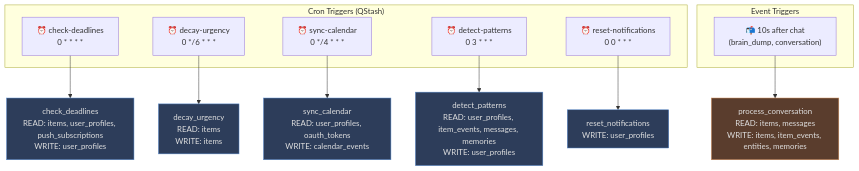
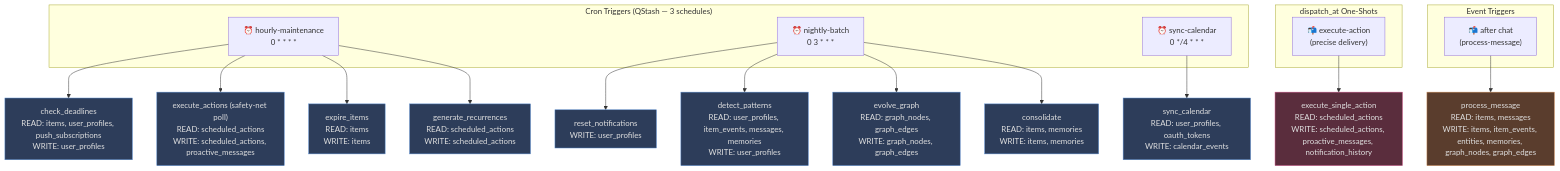
Before and after one commit to konf-dev/unspool: the diagram in docs/flows/3_background_jobs.md, drawn with Mermaid. The commit also changed other lines of this file and 13 other files, not shown here.

First line of the commit message:
feat: consolidate QStash crons (10→3) and use dispatch_at for all scheduled actions

````diff
--- a/docs/flows/3_background_jobs.md
+++ b/docs/flows/3_background_jobs.md
@@ -5,31 +5,47 @@
 ```mermaid
 flowchart TD
-    subgraph cron["Cron Triggers (QStash)"]
-        T0["⏰ check-deadlines\n0 * * * *"]
-        T1["⏰ decay-urgency\n0 */6 * * *"]
+    subgraph cron["Cron Triggers (QStash — 3 schedules)"]
+        T0["⏰ hourly-maintenance\n0 * * * *"]
+        T1["⏰ nightly-batch\n0 3 * * *"]
         T2["⏰ sync-calendar\n0 */4 * * *"]
-        T3["⏰ detect-patterns\n0 3 * * *"]
-        T4["⏰ reset-notifications\n0 0 * * *"]
+    end
+    subgraph dispatch["dispatch_at One-Shots"]
+        TD["📬 execute-action\n(precise delivery)"]
     end
     subgraph event["Event Triggers"]
-        TE["📬 10s after chat\n(brain_dump, conversation)"]
+        TE["📬 after chat\n(process-message)"]
     end
     T0 --> CHECK_DEADLINES["check_deadlines\nREAD: items, user_profiles, push_subscriptions\nWRITE: user_profiles"]
     style CHECK_DEADLINES fill:#2d3d5a,stroke:#5588cc,color:#e0e0e0
     click CHECK_DEADLINES "backend/src/jobs/check_deadlines.py"
-    T1 --> DECAY_URGENCY["decay_urgency\nREAD: items\nWRITE: items"]
-    style DECAY_URGENCY fill:#2d3d5a,stroke:#5588cc,color:#e0e0e0
-    click DECAY_URGENCY "backend/src/jobs/decay_urgency.py"
+    T0 --> EXECUTE_ACTIONS["execute_actions (safety-net poll)\nREAD: scheduled_actions\nWRITE: scheduled_actions, proactive_messages"]
+    style EXECUTE_ACTIONS fill:#2d3d5a,stroke:#5588cc,color:#e0e0e0
+    click EXECUTE_ACTIONS "backend/src/jobs/execute_actions.py"
+    T0 --> EXPIRE_ITEMS["expire_items\nREAD: items\nWRITE: items"]
+    style EXPIRE_ITEMS fill:#2d3d5a,stroke:#5588cc,color:#e0e0e0
+    click EXPIRE_ITEMS "backend/src/jobs/expire_items.py"
+    T0 --> GEN_RECURRENCES["generate_recurrences\nREAD: scheduled_actions\nWRITE: scheduled_actions"]
+    style GEN_RECURRENCES fill:#2d3d5a,stroke:#5588cc,color:#e0e0e0
+    click GEN_RECURRENCES "backend/src/jobs/generate_recurrences.py"
+    T1 --> RESET_NOTIFICATIONS["reset_notifications\nWRITE: user_profiles"]
+    style RESET_NOTIFICATIONS fill:#2d3d5a,stroke:#5588cc,color:#e0e0e0
+    click RESET_NOTIFICATIONS "backend/src/jobs/reset_notifications.py"
+    T1 --> DETECT_PATTERNS["detect_patterns\nREAD: user_profiles, item_events, messages, memories\nWRITE: user_profiles"]
+    style DETECT_PATTERNS fill:#2d3d5a,stroke:#5588cc,color:#e0e0e0
+    click DETECT_PATTERNS "backend/src/jobs/detect_patterns.py"
+    T1 --> EVOLVE_GRAPH["evolve_graph\nREAD: graph_nodes, graph_edges\nWRITE: graph_nodes, graph_edges"]
+    style EVOLVE_GRAPH fill:#2d3d5a,stroke:#5588cc,color:#e0e0e0
+    click EVOLVE_GRAPH "backend/src/jobs/evolve_graph.py"
+    T1 --> CONSOLIDATE["consolidate\nREAD: items, memories\nWRITE: items, memories"]
+    style CONSOLIDATE fill:#2d3d5a,stroke:#5588cc,color:#e0e0e0
+    click CONSOLIDATE "backend/src/jobs/consolidate.py"
     T2 --> SYNC_CALENDAR["sync_calendar\nREAD: user_profiles, oauth_tokens\nWRITE: calendar_events"]
     style SYNC_CALENDAR fill:#2d3d5a,stroke:#5588cc,color:#e0e0e0
     click SYNC_CALENDAR "backend/src/jobs/sync_calendar.py"
-    T3 --> DETECT_PATTERNS["detect_patterns\nREAD: user_profiles, item_events, messages, memories\nWRITE: user_profiles"]
-    style DETECT_PATTERNS fill:#2d3d5a,stroke:#5588cc,color:#e0e0e0
-    click DETECT_PATTERNS "backend/src/jobs/detect_patterns.py"
-    T4 --> RESET_NOTIFICATIONS["reset_notifications\nWRITE: user_profiles"]
-    style RESET_NOTIFICATIONS fill:#2d3d5a,stroke:#5588cc,color:#e0e0e0
-    click RESET_NOTIFICATIONS "backend/src/jobs/reset_notifications.py"
-    TE --> PROC_CONV["process_conversation\nREAD: items, messages\nWRITE: items, item_events, entities, memories"]
-    style PROC_CONV fill:#5a3d2d,stroke:#cc8855,color:#e0e0e0
-    click PROC_CONV "backend/src/jobs/process_conversation.py"
+    TD --> EXECUTE_ACTION["execute_single_action\nREAD: scheduled_actions\nWRITE: scheduled_actions, proactive_messages, notification_history"]
+    style EXECUTE_ACTION fill:#5a2d3d,stroke:#cc5588,color:#e0e0e0
+    click EXECUTE_ACTION "backend/src/jobs/execute_actions.py"
+    TE --> PROC_MSG["process_message\nREAD: items, messages\nWRITE: items, item_events, entities, memories, graph_nodes, graph_edges"]
+    style PROC_MSG fill:#5a3d2d,stroke:#cc8855,color:#e0e0e0
+    click PROC_MSG "backend/src/jobs/process_message.py"
 ```
````
